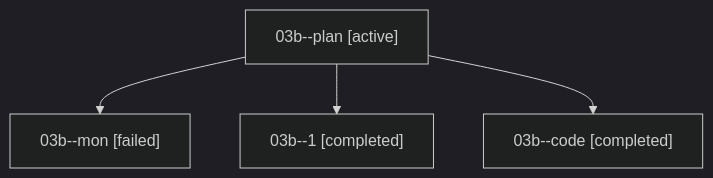
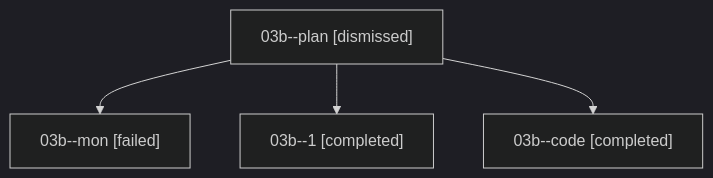
One commit to sase-org/sase--agents changed the diagram in sessions/bbugyi200.athena.03b.md. Above: the diagram before and after it, drawn with Mermaid (dark theme). The commit also changed other lines of this file and 36 other files, not shown here.

````diff
--- a/sessions/bbugyi200.athena.03b.md
+++ b/sessions/bbugyi200.athena.03b.md
@@ -9,10 +9,10 @@
 ```mermaid
 flowchart TD
-  n0["03b--plan [active]"]
+  n0["03b--plan [dismissed]"]
   n1["03b--mon [failed]"]
   n0 --> n1
   n2["03b--1 [completed]"]
   n0 --> n2
   n3["03b--code [completed]"]
   n0 --> n3
 ```
````
